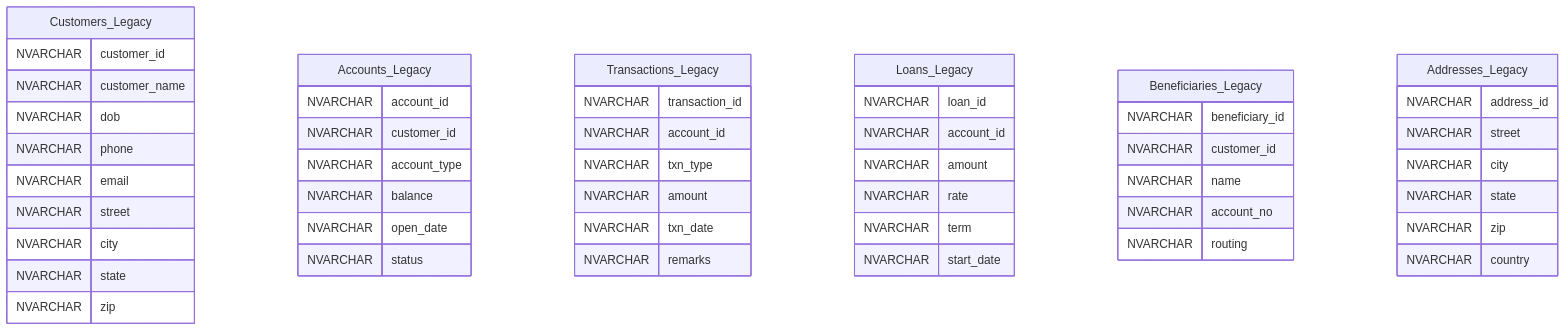
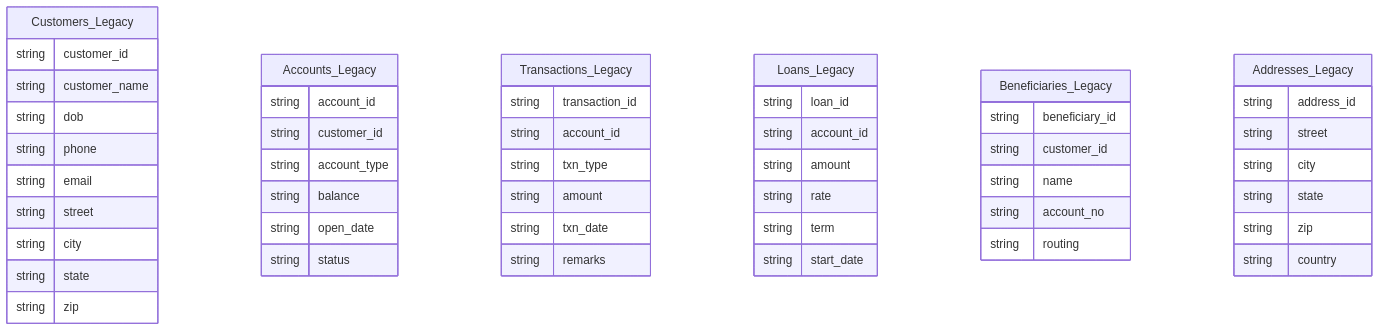
One commit to piyushi-singhal/BankMigrate changed the first of 2 diagrams in docs/database-schema.md. Above: the diagram before and after it, drawn with Mermaid. The commit also changed other lines of this file and 2 other files, not shown here.

````diff
--- a/docs/database-schema.md
+++ b/docs/database-schema.md
@@ -6,53 +6,53 @@
 ```mermaid
 erDiagram
     Customers_Legacy {
-        NVARCHAR customer_id
-        NVARCHAR customer_name
-        NVARCHAR dob
-        NVARCHAR phone
-        NVARCHAR email
-        NVARCHAR street
-        NVARCHAR city
-        NVARCHAR state
-        NVARCHAR zip
+        string customer_id
+        string customer_name
+        string dob
+        string phone
+        string email
+        string street
+        string city
+        string state
+        string zip
     }
     Accounts_Legacy {
-        NVARCHAR account_id
-        NVARCHAR customer_id
-        NVARCHAR account_type
-        NVARCHAR balance
-        NVARCHAR open_date
-        NVARCHAR status
+        string account_id
+        string customer_id
+        string account_type
+        string balance
+        string open_date
+        string status
     }
     Transactions_Legacy {
-        NVARCHAR transaction_id
-        NVARCHAR account_id
-        NVARCHAR txn_type
-        NVARCHAR amount
-        NVARCHAR txn_date
-        NVARCHAR remarks
+        string transaction_id
+        string account_id
+        string txn_type
+        string amount
+        string txn_date
+        string remarks
     }
     Loans_Legacy {
-        NVARCHAR loan_id
-        NVARCHAR account_id
-        NVARCHAR amount
-        NVARCHAR rate
-        NVARCHAR term
-        NVARCHAR start_date
+        string loan_id
+        string account_id
+        string amount
+        string rate
+        string term
+        string start_date
     }
     Beneficiaries_Legacy {
-        NVARCHAR beneficiary_id
-        NVARCHAR customer_id
-        NVARCHAR name
-        NVARCHAR account_no
-        NVARCHAR routing
+        string beneficiary_id
+        string customer_id
+        string name
+        string account_no
+        string routing
     }
     Addresses_Legacy {
-        NVARCHAR address_id
-        NVARCHAR street
-        NVARCHAR city
-        NVARCHAR state
-        NVARCHAR zip
-        NVARCHAR country
+        string address_id
+        string street
+        string city
+        string state
+        string zip
+        string country
     }
 ```
````
